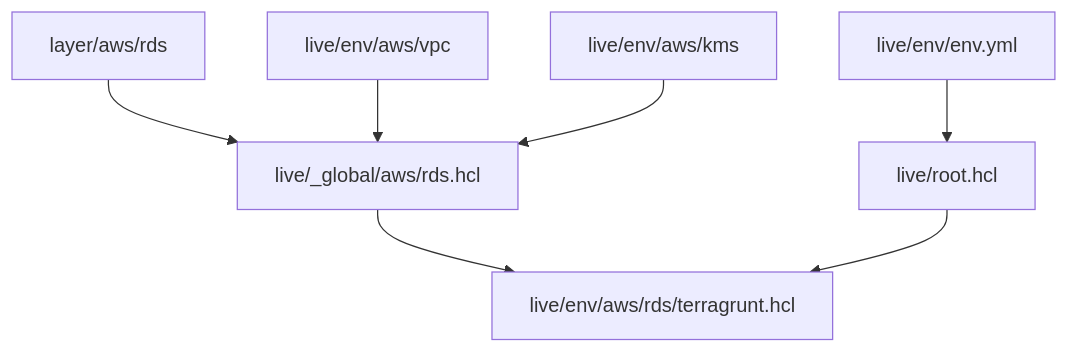
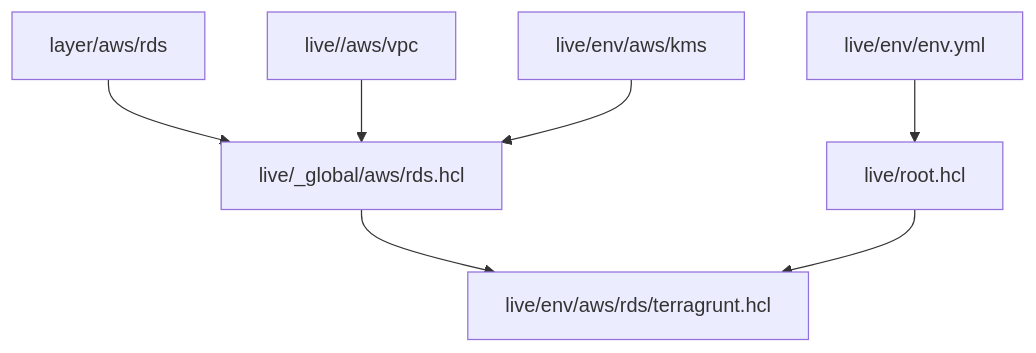
One commit to tkreque/SpellingBee changed the diagram in README.md. Above: the diagram before and after it, drawn with Mermaid.

Commit message:
Quick test

````diff
--- a/README.md
+++ b/README.md
@@ -37,9 +37,9 @@
 ```mermaid
 graph TD;
   A["layer/aws/rds"] --> E["live/_global/aws/rds.hcl"];
-  B["live/env/aws/vpc"] --> E;
+  B["live/<env>/aws/vpc"] --> E;
   C["live/env/aws/kms"] --> E;
   D["live/env/env.yml"] --> F["live/root.hcl"];
   E --> G["live/env/aws/rds/terragrunt.hcl"];
   F --> G;
 ```
````
